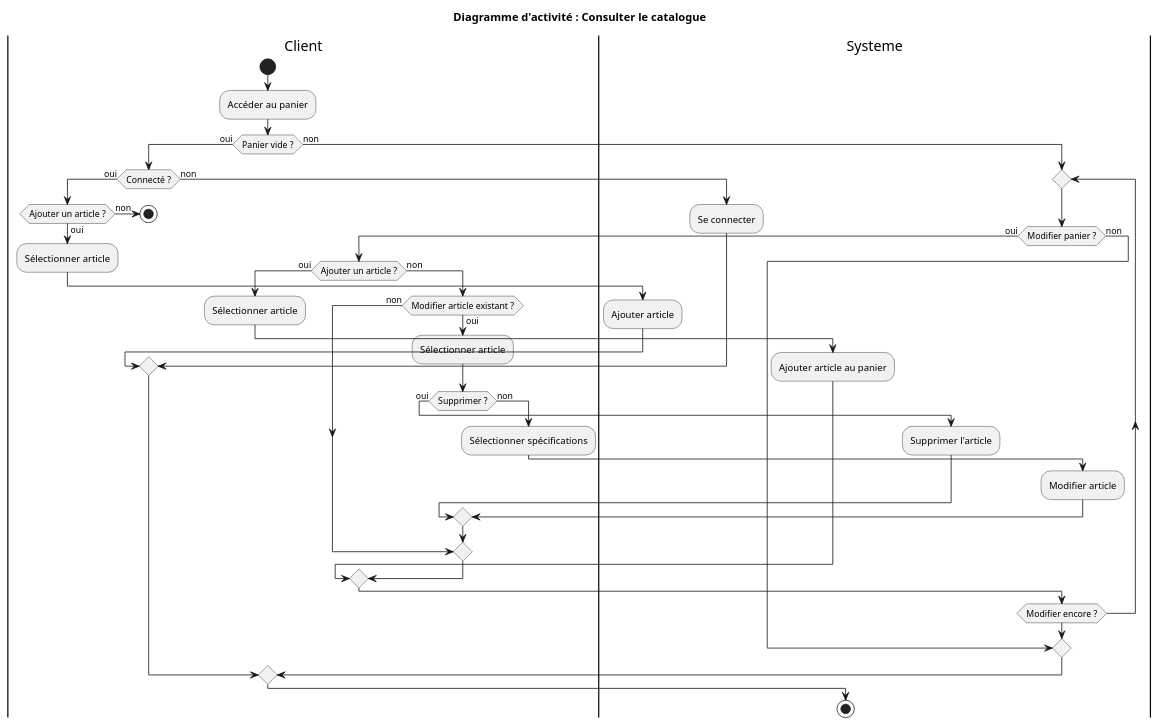
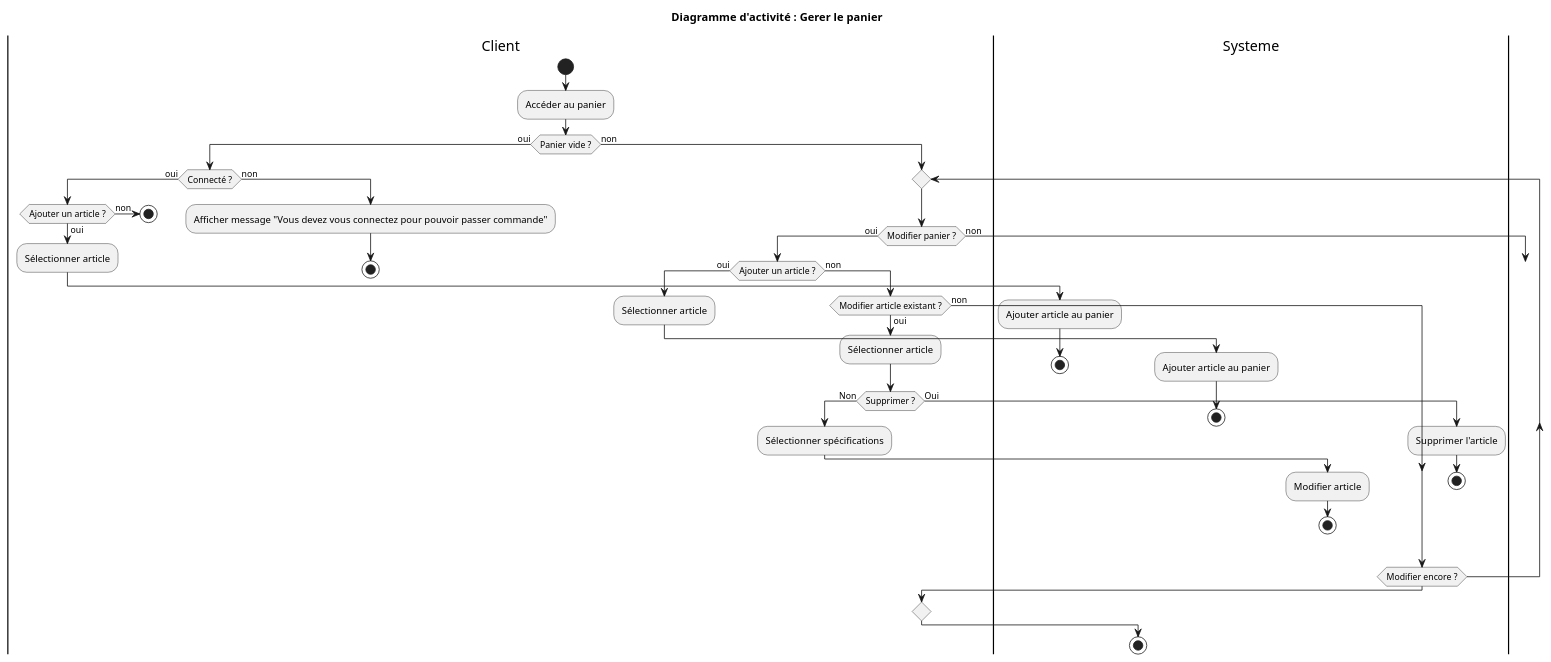
The diagram in R303-Analyse/DA_swimlanes/DA_gerer_panier.puml (SkatDoesArt/ScentMeIFYouCan), drawn with PlantUML before and after one commit. The commit also changed 1 other file, not shown here.

Commit message:
DA gerer panier modifier

```diff
--- a/R303-Analyse/DA_swimlanes/DA_gerer_panier.puml
+++ b/R303-Analyse/DA_swimlanes/DA_gerer_panier.puml
@@ -1,70 +1,78 @@
 @startuml
-title Diagramme d'activité : Consulter le catalogue
+title Diagramme d'activité : Gerer le panier
 
 |Client|
 start
 :Accéder au panier;
 
 if (Panier vide ?) then (oui)
 
     if (Connecté ?) then (oui)
         |Client|
         if (Ajouter un article ?) then (oui)
             :Sélectionner article;
             |Systeme|
-            :Ajouter article;
+            :Ajouter article au panier;
+            stop
         else (non)
             |Client|
             stop
         endif
 
     else (non)
-        |Systeme|
-        :Se connecter;
+        |Client|
+        :Afficher message "Vous devez vous connectez pour pouvoir passer commande";
+        stop
     endif
 
 else (non)
 
     repeat
 
         if (Modifier panier ?) then (oui)
 
             |Client|
             if (Ajouter un article ?) then (oui)
 
                 :Sélectionner article;
                 |Systeme|
                 :Ajouter article au panier;
+                stop
 
             else (non)
 
                 |Client|
                 if (Modifier article existant ?) then (oui)
                     :Sélectionner article;
 
-                    if (Supprimer ?) then (oui)
-                        |Systeme|
-                        :Supprimer l'article;
-                    else (non)
+                    if (Supprimer ?) then (Non)
                         |Client|
                         :Sélectionner spécifications;
                         |Systeme|
                         :Modifier article;
+                        stop
+                    else (Oui)
+                        |Systeme|
+                        :Supprimer l'article;
+                        stop
+                        
                     endif
-
+                
                 else (non)
+                    |Systeme|
                     ' Aucune modification
                 endif
 
             endif
-
+        
         else (non)
+            
             break
         endif
-
+    
     repeat while (Modifier encore ?)
 
 endif
 
 stop
 @enduml
```
